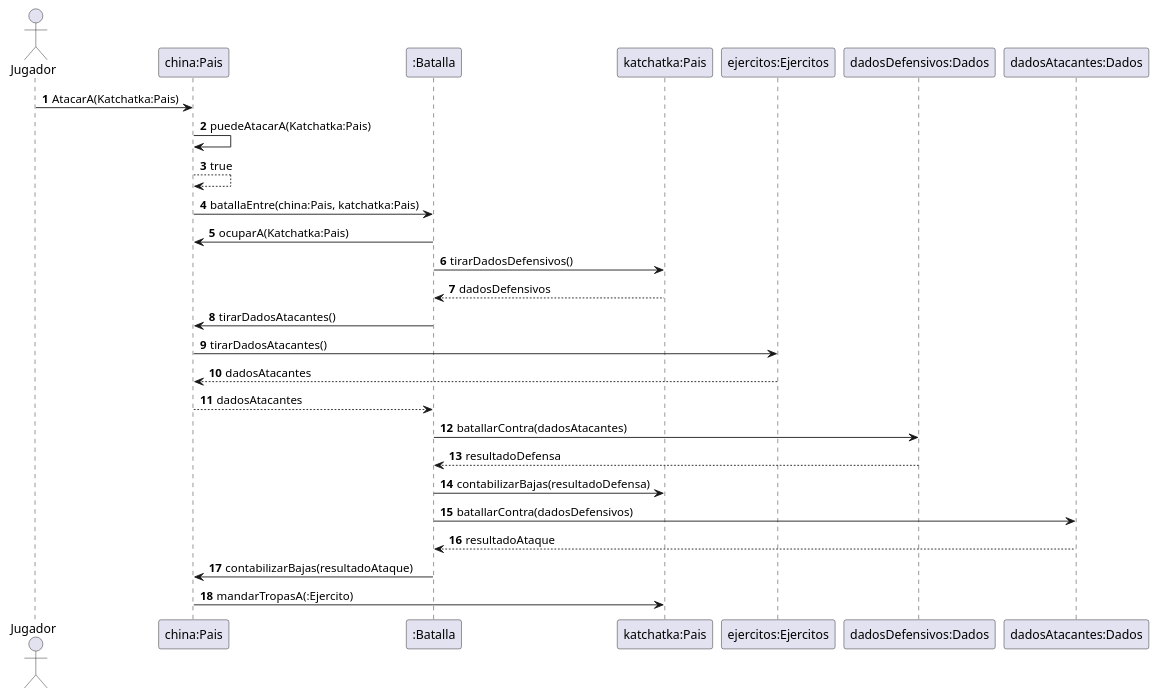
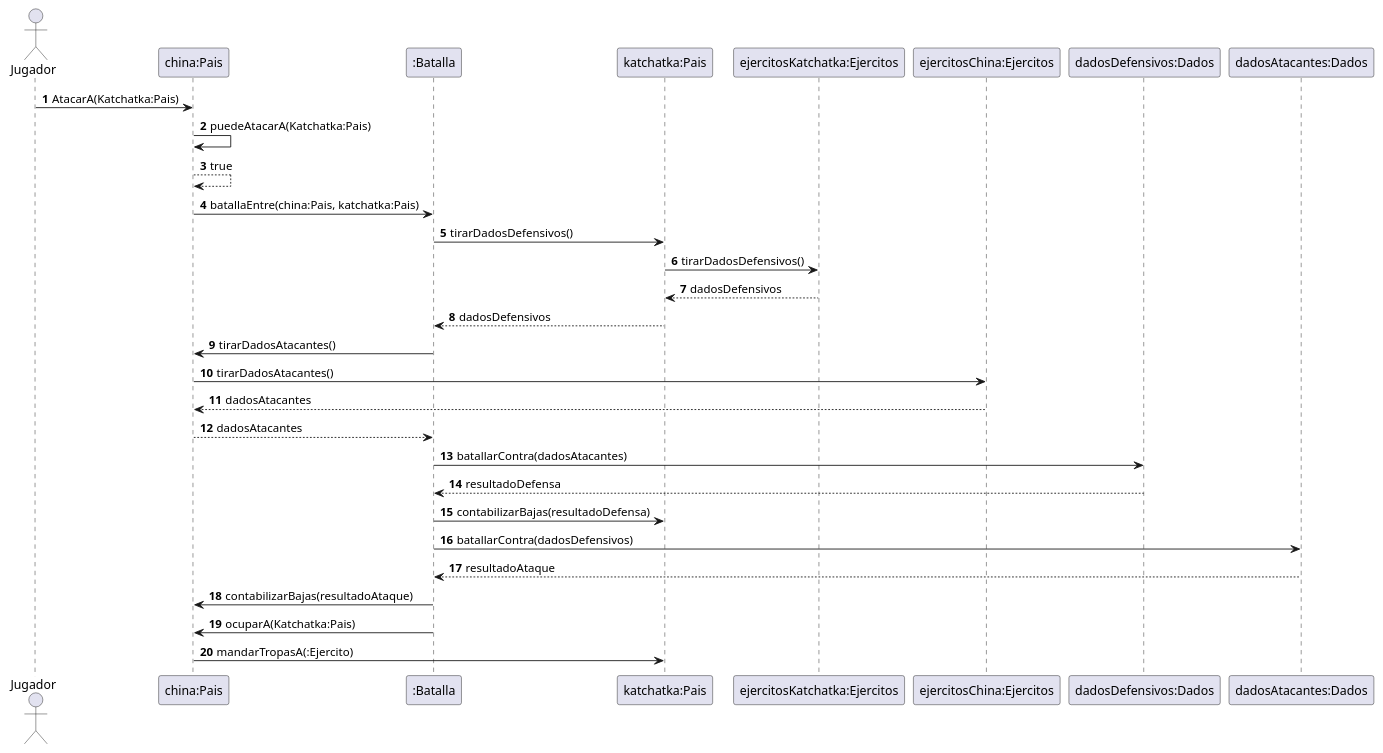
One commit to julia-valdo/Algoritmos-3.TP2 changed the diagram in AtaqueAOtroPais.puml. Above: the diagram before and after it, drawn with PlantUML.

Commit message:
index on francisco: 8c1b4df WIP on axel: cfb751f Diagramas tentativas clase y secuencia

```diff
--- a/AtaqueAOtroPais.puml
+++ b/AtaqueAOtroPais.puml
@@ -1,37 +1,40 @@
 @startuml
 'https://plantuml.com/sequence-diagram
 
 autonumber
 'Gana Jugador 1'
 Actor Jugador
 
 Jugador -> "china:Pais": AtacarA(Katchatka:Pais)
 
 "china:Pais"-> "china:Pais": puedeAtacarA(Katchatka:Pais)
 return true
 
 "china:Pais" -> ":Batalla":batallaEntre(china:Pais, katchatka:Pais)
 
-":Batalla" -> "china:Pais": ocuparA(Katchatka:Pais)
-
 ":Batalla" -> "katchatka:Pais": tirarDadosDefensivos()
-return dadosDefensivos
+    "katchatka:Pais" -> "ejercitosKatchatka:Ejercitos": tirarDadosDefensivos()
+    return dadosDefensivos
+"katchatka:Pais" --> ":Batalla": dadosDefensivos
 
 ":Batalla" -> "china:Pais": tirarDadosAtacantes()
-    "china:Pais" -> "ejercitos:Ejercitos": tirarDadosAtacantes()
+    "china:Pais" -> "ejercitosChina:Ejercitos": tirarDadosAtacantes()
     return dadosAtacantes
 "china:Pais" --> ":Batalla": dadosAtacantes
 
 ":Batalla" -> "dadosDefensivos:Dados": batallarContra(dadosAtacantes)
 return resultadoDefensa
 
 ":Batalla" -> "katchatka:Pais": contabilizarBajas(resultadoDefensa)
 
 ":Batalla" -> "dadosAtacantes:Dados": batallarContra(dadosDefensivos)
 return resultadoAtaque
 
 ":Batalla" -> "china:Pais": contabilizarBajas(resultadoAtaque)
 
+":Batalla" -> "china:Pais": ocuparA(Katchatka:Pais)
+
 "china:Pais" -> "katchatka:Pais": mandarTropasA(:Ejercito)
 
+
 @enduml
```
